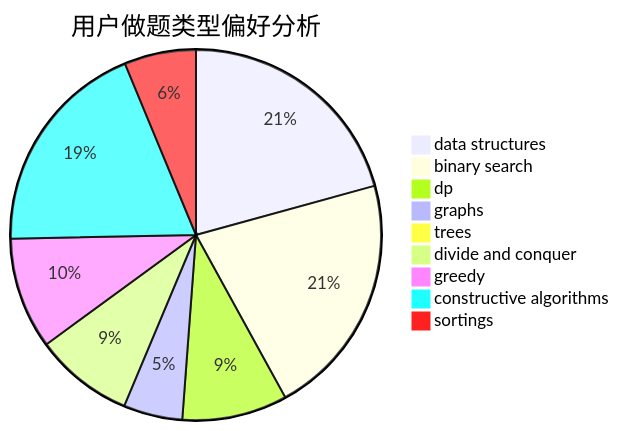
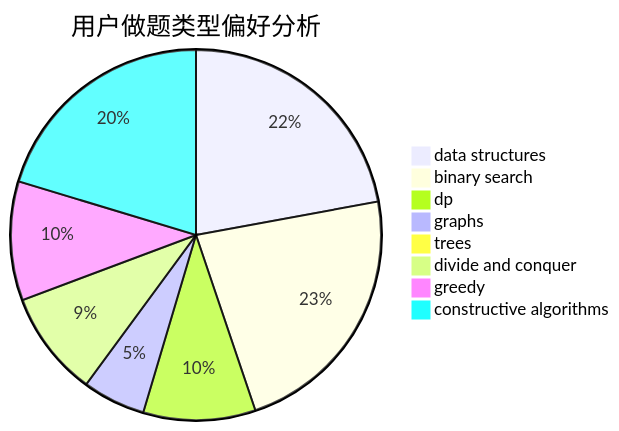
One commit to sherpahu/cfrs.github.io changed the second of 3 diagrams in docs/user/u851.md. Above: the diagram before and after it, drawn with Mermaid. The commit also changed other lines of this file and 2769 other files, not shown here.

````diff
--- a/docs/user/u851.md
+++ b/docs/user/u851.md
@@ -18,12 +18,11 @@
 ```mermaid
 pie title 用户做题类型偏好分析
     "data structures" :  149
     "binary search" :  153
     "dp" :  66
     "graphs" :  37
     "trees" :  0
     "divide and conquer" :  62
     "greedy" :  70
     "constructive algorithms" :  137
-    "sortings" :  45
 ```
````
